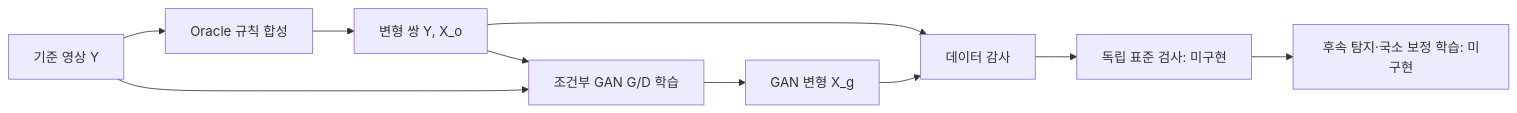
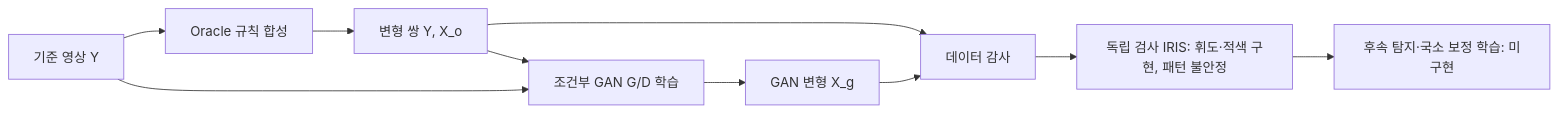
The diagram in README.md (lumi-vision/lumi-lab-ryujungho2-collab), drawn with Mermaid before and after one commit. The commit also changed other lines of this file and 13 other files, not shown here.

````diff
--- a/README.md
+++ b/README.md
@@ -16,12 +16,12 @@
 ```mermaid
 flowchart LR
     A[기준 영상 Y] --> B[Oracle 규칙 합성]
     B --> C[변형 쌍 Y, X_o]
     C --> D[조건부 GAN G/D 학습]
     A --> D
     D --> E[GAN 변형 X_g]
     C --> F[데이터 감사]
     E --> F
-    F --> G[독립 표준 검사: 미구현]
+    F --> G[독립 검사 IRIS: 휘도·적색 구현, 패턴 불안정]
     G --> H[후속 탐지·국소 보정 학습: 미구현]
 ```
````
